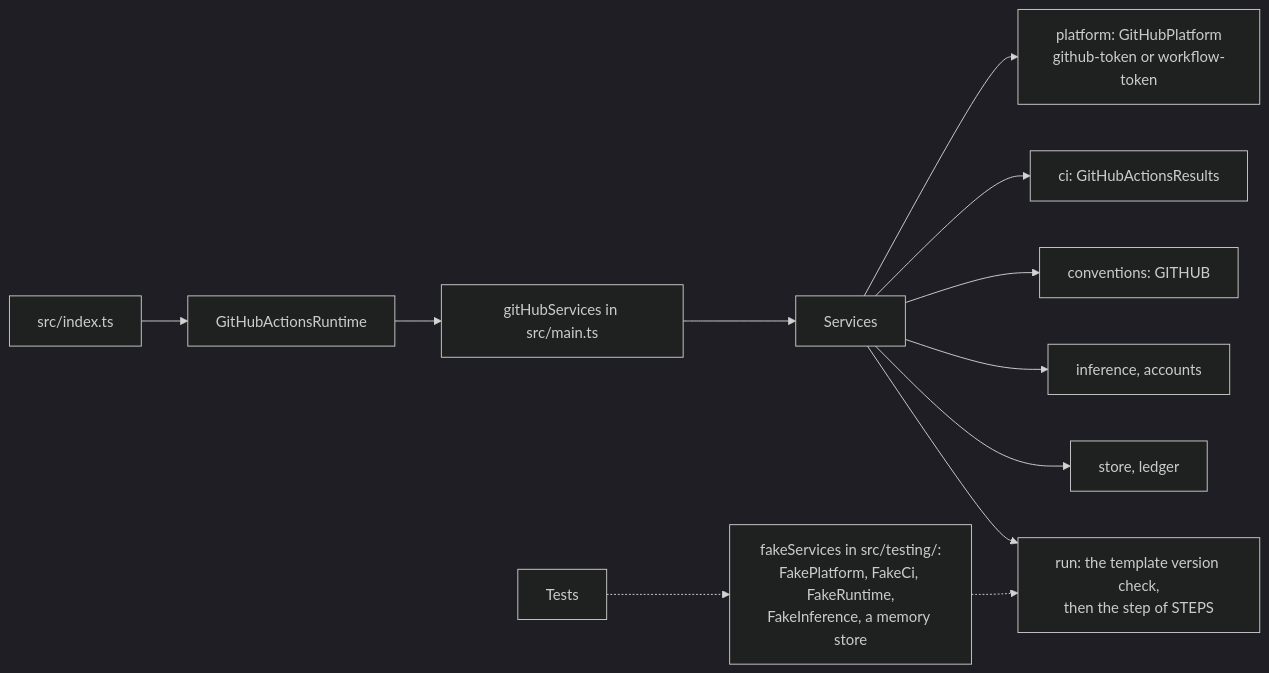
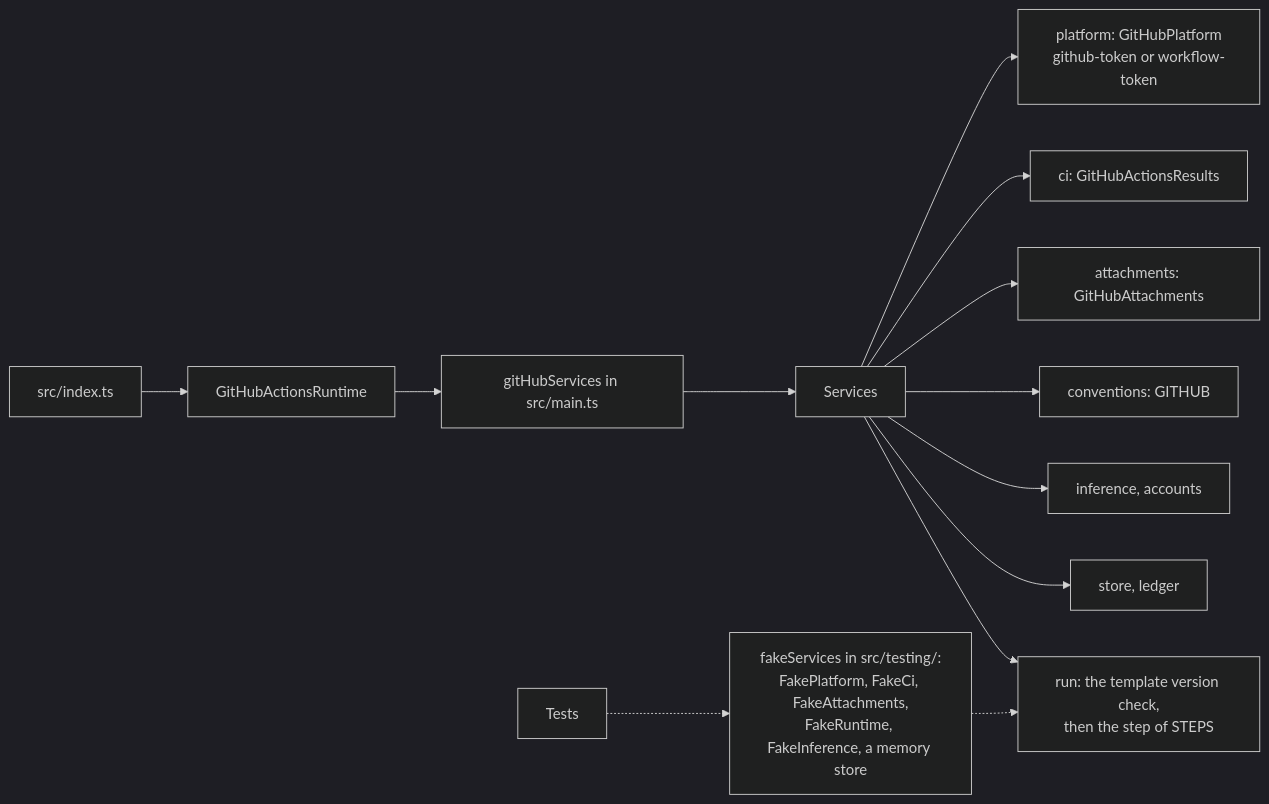
The diagram in docs/development/platforms.md (codenergy-dev/codeman), drawn with Mermaid (dark theme) before and after one commit. The commit also changed other lines of this file and 9 other files, not shown here.

````diff
--- a/docs/development/platforms.md
+++ b/docs/development/platforms.md
@@ -22,13 +23,14 @@
 ```mermaid
 flowchart LR
   I["src/index.ts"] --> RT["GitHubActionsRuntime"]
   RT --> GS["gitHubServices in src/main.ts"]
   GS --> S["Services"]
   S --> P["platform: GitHubPlatform<br/>github-token or workflow-token"]
   S --> CI["ci: GitHubActionsResults"]
+  S --> AT["attachments: GitHubAttachments"]
   S --> CV["conventions: GITHUB"]
   S --> INF["inference, accounts"]
   S --> ST["store, ledger"]
   S --> RUN["run: the template version check,<br/>then the step of STEPS"]
-  T["Tests"] -.-> F["fakeServices in src/testing/:<br/>FakePlatform, FakeCi, FakeRuntime,<br/>FakeInference, a memory store"] -.-> RUN
+  T["Tests"] -.-> F["fakeServices in src/testing/:<br/>FakePlatform, FakeCi, FakeAttachments,<br/>FakeRuntime, FakeInference, a memory store"] -.-> RUN
 ```
````
